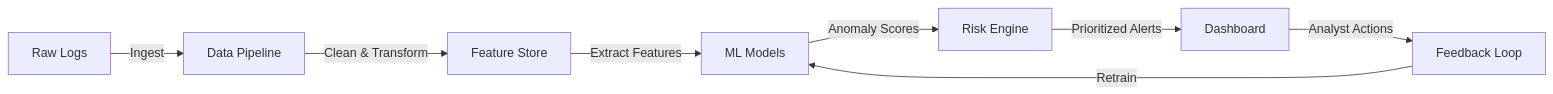
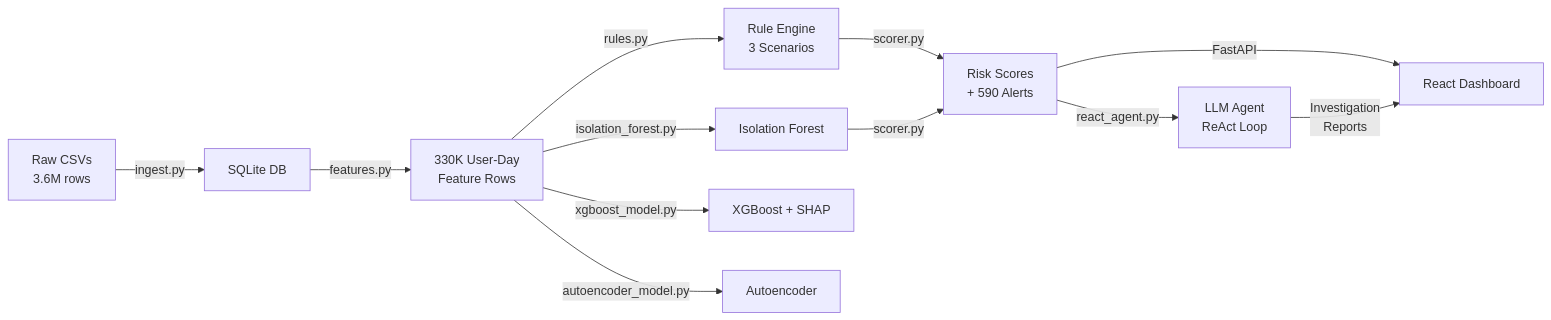
One commit to iakshatkaushik/AutonomusSOC changed the diagram in README.md. Above: the diagram before and after it, drawn with Mermaid. The commit also changed other lines of this file, not shown here.

Commit message:
docs: comprehensive README with architecture, metrics, and setup guide

````diff
--- a/README.md
+++ b/README.md
@@ -85,10 +73,13 @@
 ```mermaid
 graph LR
-    A[Raw Logs] -->|Ingest| B[Data Pipeline]
-    B -->|Clean & Transform| C[Feature Store]
-    C -->|Extract Features| D[ML Models]
-    D -->|Anomaly Scores| E[Risk Engine]
-    E -->|Prioritized Alerts| F[Dashboard]
-    F -->|Analyst Actions| G[Feedback Loop]
-    G -->|Retrain| D
+    A[Raw CSVs<br/>3.6M rows] -->|ingest.py| B[SQLite DB]
+    B -->|features.py| C[330K User-Day<br/>Feature Rows]
+    C -->|rules.py| D[Rule Engine<br/>3 Scenarios]
+    C -->|isolation_forest.py| E[Isolation Forest]
+    C -->|xgboost_model.py| F[XGBoost + SHAP]
+    C -->|autoencoder_model.py| G[Autoencoder]
+    D & E -->|scorer.py| H[Risk Scores<br/>+ 590 Alerts]
+    H -->|FastAPI| I[React Dashboard]
+    H -->|react_agent.py| J[LLM Agent<br/>ReAct Loop]
+    J -->|Investigation<br/>Reports| I
 ```
````
